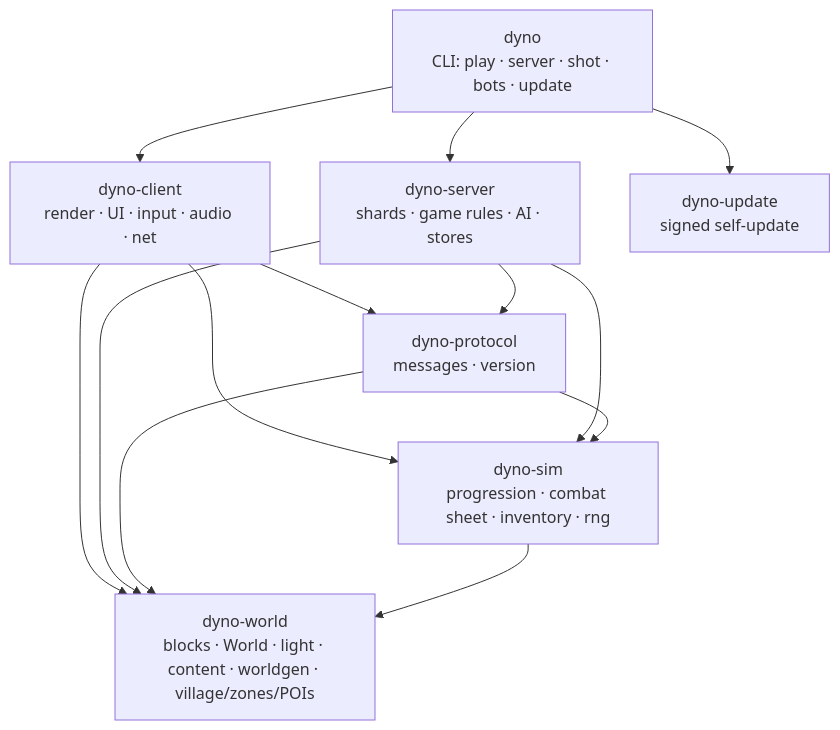
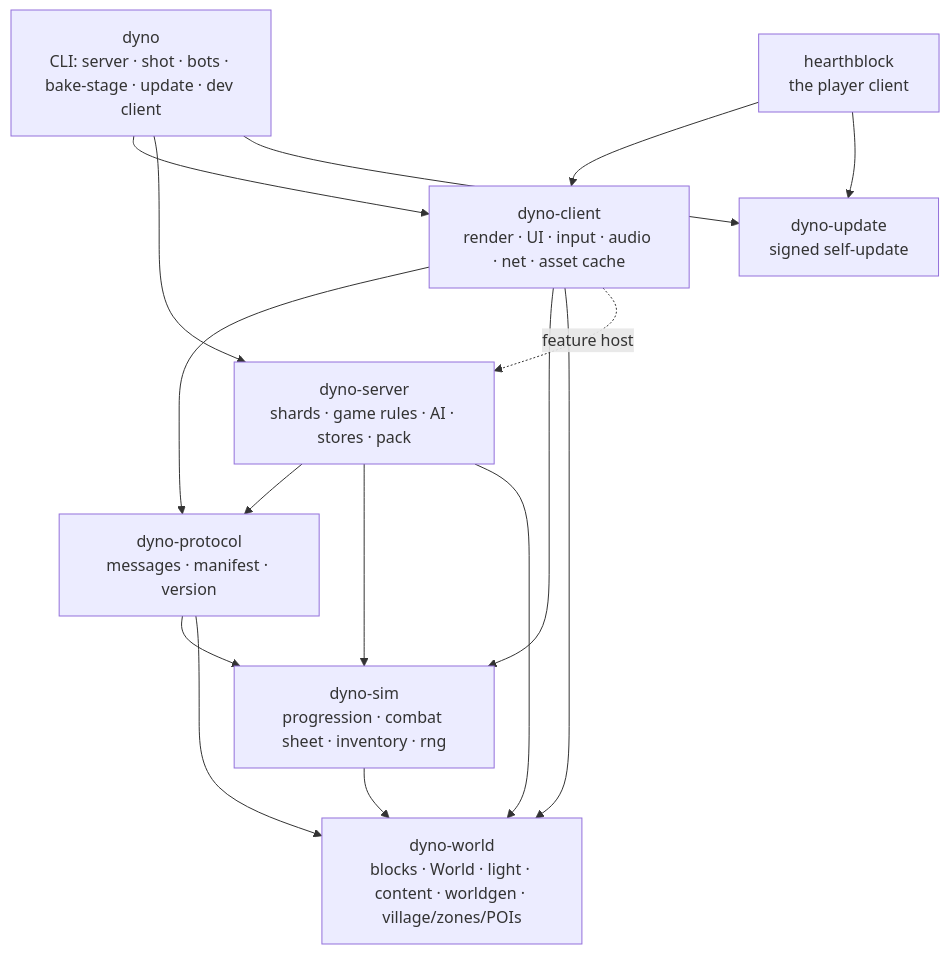
One commit to mortondev/dyno changed the second of 8 diagrams in docs/architecture.md. Above: the diagram before and after it, drawn with Mermaid. The commit also changed other lines of this file and 35 other files, not shown here.

````diff
--- a/docs/architecture.md
+++ b/docs/architecture.md
@@ -59,15 +64,18 @@
 ```mermaid
 flowchart TD
-  dyno[dyno<br/>CLI: play · server · shot · bots · update]
-  client[dyno-client<br/>render · UI · input · audio · net]
-  server[dyno-server<br/>shards · game rules · AI · stores]
-  proto[dyno-protocol<br/>messages · version]
+  dyno[dyno<br/>CLI: server · shot · bots · bake-stage · update · dev client]
+  hb[hearthblock<br/>the player client]
+  client[dyno-client<br/>render · UI · input · audio · net · asset cache]
+  server[dyno-server<br/>shards · game rules · AI · stores · pack]
+  proto[dyno-protocol<br/>messages · manifest · version]
   sim[dyno-sim<br/>progression · combat sheet · inventory · rng]
   world[dyno-world<br/>blocks · World · light · content · worldgen · village/zones/POIs]
   update[dyno-update<br/>signed self-update]
   dyno --> client & server & update
+  hb --> client & update
   client --> proto & sim & world
+  client -. feature host .-> server
   server --> proto & sim & world
   proto --> sim & world
   sim --> world
 ```
````
